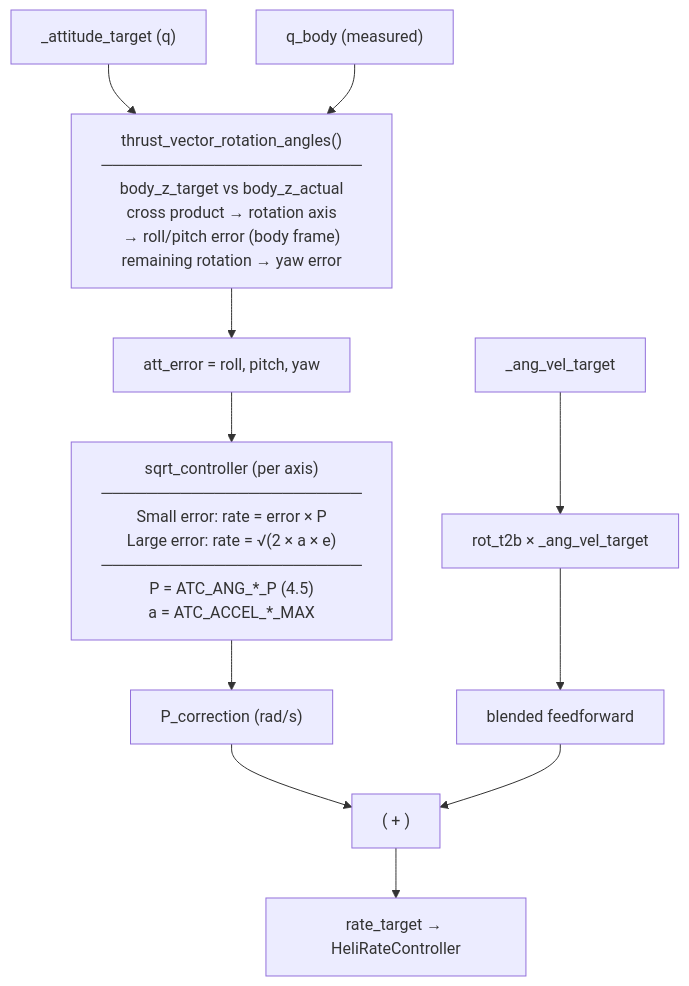
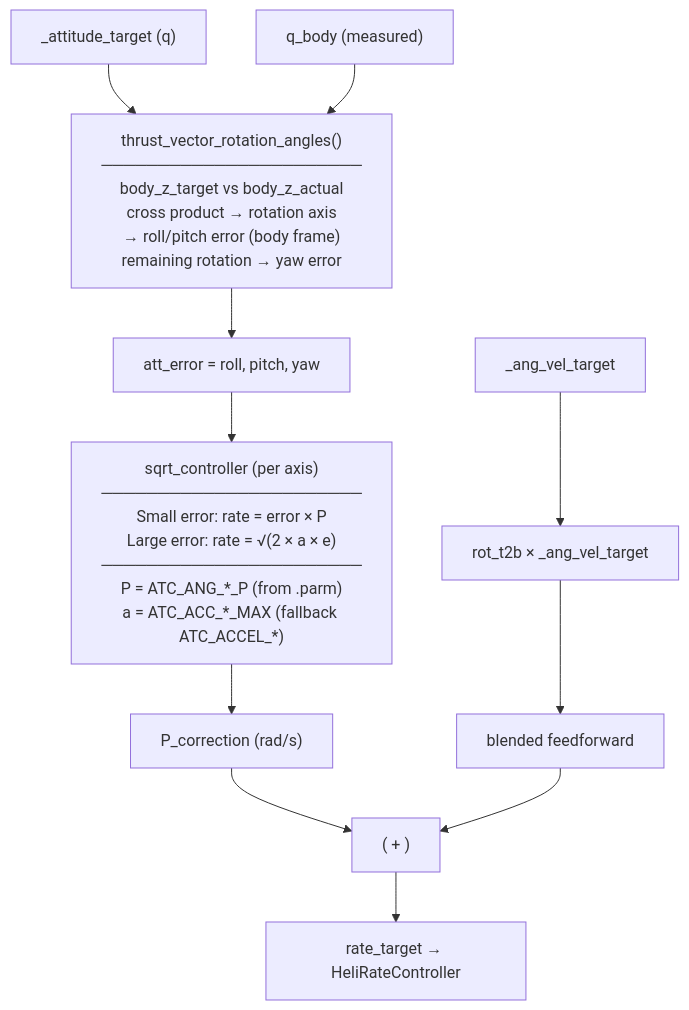
The third of 5 diagrams in simulation/arduloop/CONTROL_LOOPS.md (mcroomp/windpower), drawn with Mermaid before and after one commit. The commit also changed other lines of this file and 42 other files, not shown here.

````diff
--- a/simulation/arduloop/CONTROL_LOOPS.md
+++ b/simulation/arduloop/CONTROL_LOOPS.md
@@ -120,18 +120,18 @@
 ```mermaid
 flowchart TD
     AT["_attitude_target (q)"] --> TVRA
     QB["q_body (measured)"] --> TVRA
 
     TVRA["thrust_vector_rotation_angles()\n───────────────────────\nbody_z_target vs body_z_actual\ncross product → rotation axis\n→ roll/pitch error (body frame)\nremaining rotation → yaw error"]
 
     TVRA --> AE["att_error = roll, pitch, yaw"]
-    AE --> SQRT["sqrt_controller (per axis)\n───────────────────────\nSmall error: rate = error × P\nLarge error: rate = √(2 × a × e)\n───────────────────────\nP = ATC_ANG_*_P (4.5)\na = ATC_ACCEL_*_MAX"]
+    AE --> SQRT["sqrt_controller (per axis)\n───────────────────────\nSmall error: rate = error × P\nLarge error: rate = √(2 × a × e)\n───────────────────────\nP = ATC_ANG_*_P (from .parm)\na = ATC_ACC_*_MAX (fallback ATC_ACCEL_*)"]
 
     SQRT --> PC["P_correction (rad/s)"]
     AVT["_ang_vel_target"] --> ROT["rot_t2b × _ang_vel_target"]
     ROT --> BFF["blended feedforward"]
 
     PC --> ADD["( + )"]
     BFF --> ADD
     ADD --> RATE["rate_target → HeliRateController"]
 ```
````
